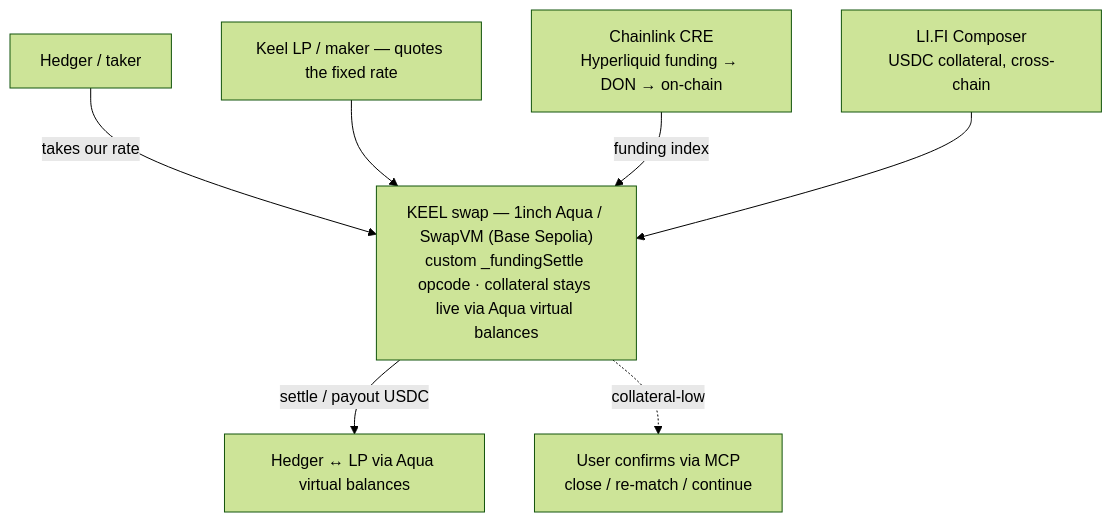
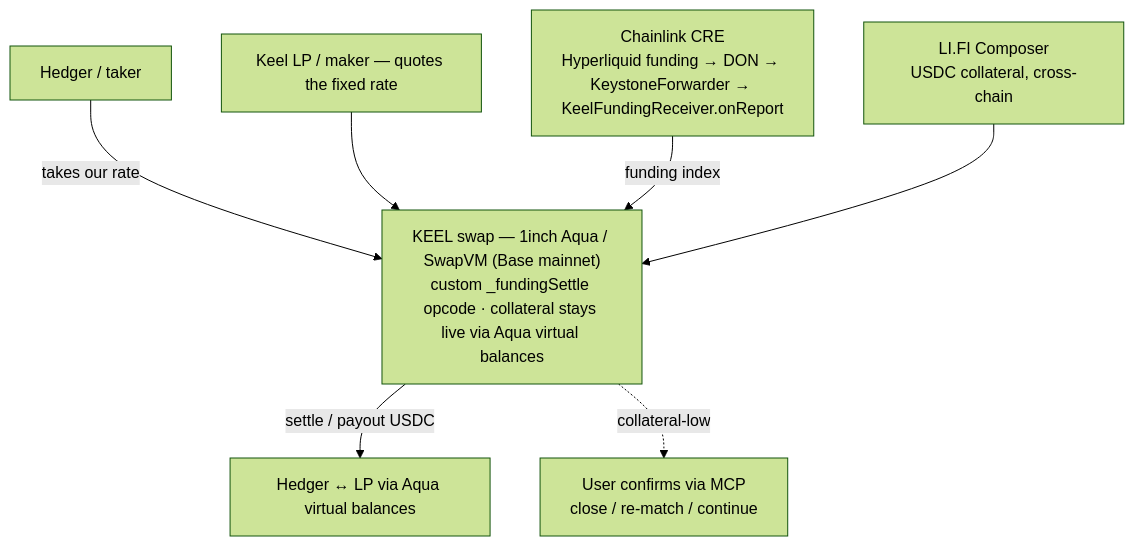
The first of 2 diagrams in README.md (0xYudhishthra/TenorFi), drawn with Mermaid (forest theme) before and after one commit. The commit also changed other lines of this file and 10 other files, not shown here.

First line of the commit message:
feat(contracts): add KeelFundingReceiver CRE consumer; target Base mainnet

````diff
--- a/README.md
+++ b/README.md
@@ -50,10 +50,10 @@
 ```mermaid
 flowchart TB
     HEDGER["Hedger / taker"] -->|takes our rate| KEEL
     LP["Keel LP / maker — quotes the fixed rate"] --> KEEL
-    CRE["Chainlink CRE<br/>Hyperliquid funding → DON → on-chain"] -->|funding index| KEEL
+    CRE["Chainlink CRE<br/>Hyperliquid funding → DON → KeystoneForwarder → KeelFundingReceiver.onReport"] -->|funding index| KEEL
     LIFI["LI.FI Composer<br/>USDC collateral, cross-chain"] --> KEEL
-    KEEL["KEEL swap — 1inch Aqua / SwapVM (Base Sepolia)<br/>custom _fundingSettle opcode · collateral stays live via Aqua virtual balances"]
+    KEEL["KEEL swap — 1inch Aqua / SwapVM (Base mainnet)<br/>custom _fundingSettle opcode · collateral stays live via Aqua virtual balances"]
     KEEL -->|settle / payout USDC| OUT["Hedger ↔ LP via Aqua virtual balances"]
     KEEL -.->|collateral-low| BRINK["User confirms via MCP<br/>close / re-match / continue"]
 ```
````
